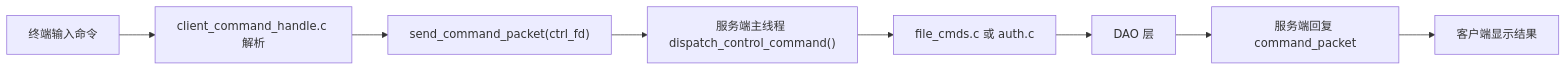
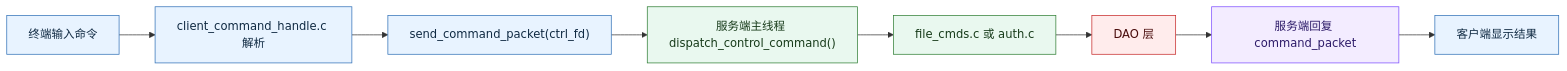
One commit to panlong-studio/WindCloud_V4 changed the tenth of 10 diagrams in docs/V5整体项目架构详解.md. Above: the diagram before and after it, drawn with Mermaid. The commit also changed other lines of this file and 5 other files, not shown here.

````diff
--- a/docs/V5整体项目架构详解.md
+++ b/docs/V5整体项目架构详解.md
@@ -1283,10 +1338,20 @@
 ```mermaid
 flowchart LR
     A["终端输入命令"] --> B["client_command_handle.c 解析"]
     B --> C["send_command_packet(ctrl_fd)"]
     C --> D["服务端主线程 dispatch_control_command()"]
     D --> E["file_cmds.c 或 auth.c"]
     E --> F["DAO 层"]
     F --> G["服务端回复 command_packet"]
     G --> H["客户端显示结果"]
+
+    classDef client fill:#E8F3FF,stroke:#2F6FB6,color:#102A43
+    classDef server fill:#E9F8EF,stroke:#2E7D32,color:#173B1A
+    classDef dao fill:#FFECEC,stroke:#C62828,color:#4A0D0D
+    classDef reply fill:#F3ECFF,stroke:#7C4DFF,color:#2D1B69
+
+    class A,B,C,H client
+    class D,E server
+    class F dao
+    class G reply
 ```
````
